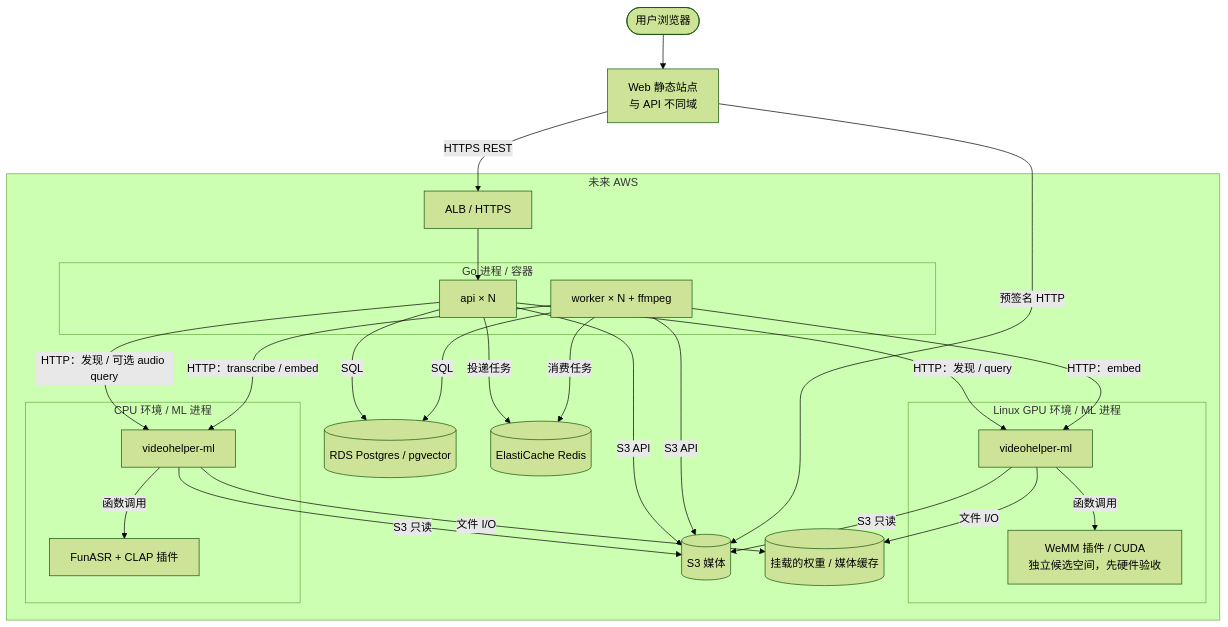
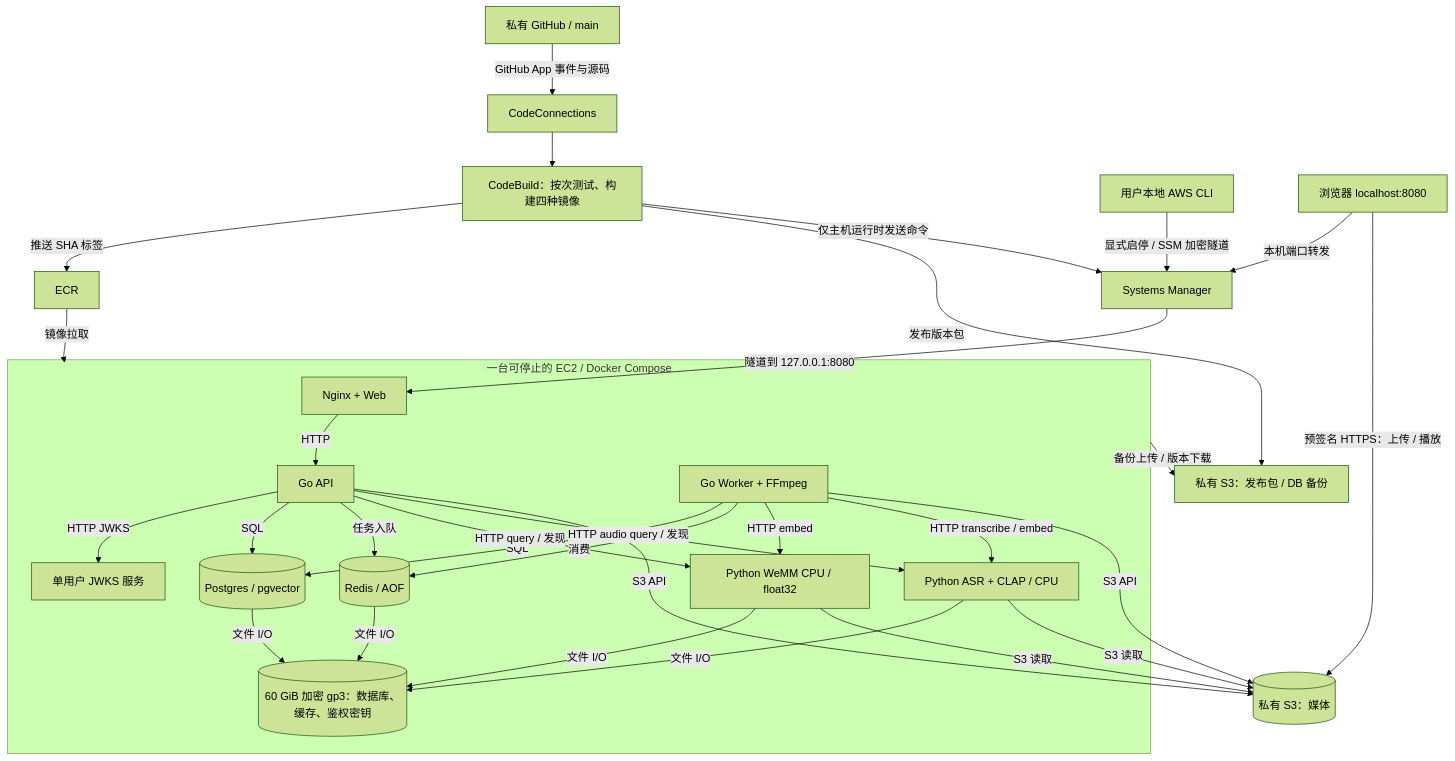
Before and after one commit to realOzine/videohelper: diagram 18 of 18 in docs/design.md, drawn with Mermaid (forest theme). The commit also changed other lines of this file and 12 other files, not shown here.

Commit message:
Deploy stoppable CPU demo through GitHub CodeConnections

````diff
--- a/docs/design.md
+++ b/docs/design.md
@@ -857,40 +857,41 @@
 ```mermaid
 flowchart TB
-  U(["用户浏览器"])
-  WEB["Web 静态站点<br/>与 API 不同域"]
-  subgraph AWS["未来 AWS"]
-    ALB["ALB / HTTPS"]
-    subgraph ECS["Go 进程 / 容器"]
-      API2["api × N"]
-      WK2["worker × N + ffmpeg"]
-    end
-    subgraph GPU["Linux GPU 环境 / ML 进程"]
-      GM["videohelper-ml"] -->|"函数调用"| GW["WeMM 插件 / CUDA<br/>独立候选空间，先硬件验收"]
-    end
-    subgraph CPU["CPU 环境 / ML 进程"]
-      CM["videohelper-ml"] -->|"函数调用"| SW["FunASR + CLAP 插件"]
-    end
-    PGS[("RDS Postgres / pgvector")]
-    EC[("ElastiCache Redis")]
-    S32[("S3 媒体")]
-    CACHE[("挂载的权重 / 媒体缓存")]
+  GH["私有 GitHub / main"] -->|"GitHub App 事件与源码"| CC["CodeConnections"]
+  CC --> CB["CodeBuild：按次测试、构建四种镜像"]
+  CB -->|"推送 SHA 标签"| ECR["ECR"]
+  CB -->|"发布版本包"| REL["私有 S3：发布包 / DB 备份"]
+  CB -->|"仅主机运行时发送命令"| SSM["Systems Manager"]
+  OP["用户本地 AWS CLI"] -->|"显式启停 / SSM 加密隧道"| SSM
+  U["浏览器 localhost:8080"] -->|"本机端口转发"| SSM
+  subgraph HOST["一台可停止的 EC2 / Docker Compose"]
+    N["Nginx + Web"] -->|"HTTP"| API["Go API"]
+    W["Go Worker + FFmpeg"]
+    AUTH["单用户 JWKS 服务"]
+    PG[("Postgres / pgvector")]
+    R[("Redis / AOF")]
+    WM["Python WeMM CPU / float32"]
+    SA["Python ASR + CLAP / CPU"]
+    DISK[("60 GiB 加密 gp3：数据库、缓存、鉴权密钥")]
+    API -->|"HTTP JWKS"| AUTH
+    API -->|"SQL"| PG
+    W -->|"SQL"| PG
+    API -->|"任务入队"| R
+    W -->|"消费"| R
+    API -->|"HTTP query / 发现"| WM
+    API -->|"HTTP audio query / 发现"| SA
+    W -->|"HTTP embed"| WM
+    W -->|"HTTP transcribe / embed"| SA
+    PG -->|"文件 I/O"| DISK
+    R -->|"文件 I/O"| DISK
+    WM -->|"文件 I/O"| DISK
+    SA -->|"文件 I/O"| DISK
   end
-  U --> WEB
-  WEB -->|"HTTPS REST"| ALB
-  ALB --> API2
-  API2 -->|"SQL"| PGS
-  WK2 -->|"SQL"| PGS
-  API2 -->|"投递任务"| EC
-  WK2 -->|"消费任务"| EC
-  API2 -->|"HTTP：发现 / query"| GM
-  API2 -->|"HTTP：发现 / 可选 audio query"| CM
-  WK2 -->|"HTTP：embed"| GM
-  WK2 -->|"HTTP：transcribe / embed"| CM
-  API2 -->|"S3 API"| S32
-  WK2 -->|"S3 API"| S32
-  GM -->|"S3 只读"| S32
-  CM -->|"S3 只读"| S32
-  GM -->|"文件 I/O"| CACHE
-  CM -->|"文件 I/O"| CACHE
-  WEB -->|"预签名 HTTP"| S32
+  SSM -->|"隧道到 127.0.0.1:8080"| N
+  ECR -->|"镜像拉取"| HOST
+  HOST -->|"备份上传 / 版本下载"| REL
+  API -->|"S3 API"| MEDIA[("私有 S3：媒体")]
+  W -->|"S3 API"| MEDIA
+  WM -->|"S3 读取"| MEDIA
+  SA -->|"S3 读取"| MEDIA
+  U -->|"预签名 HTTPS：上传 / 播放"| MEDIA
 ```
````
